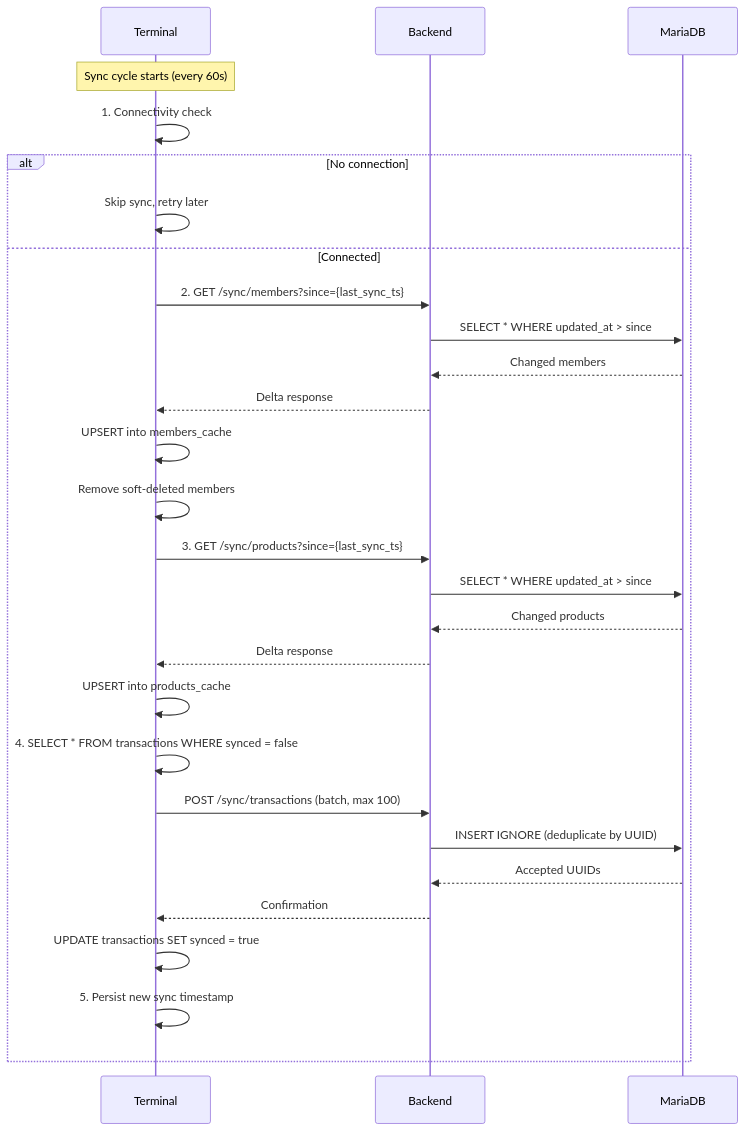
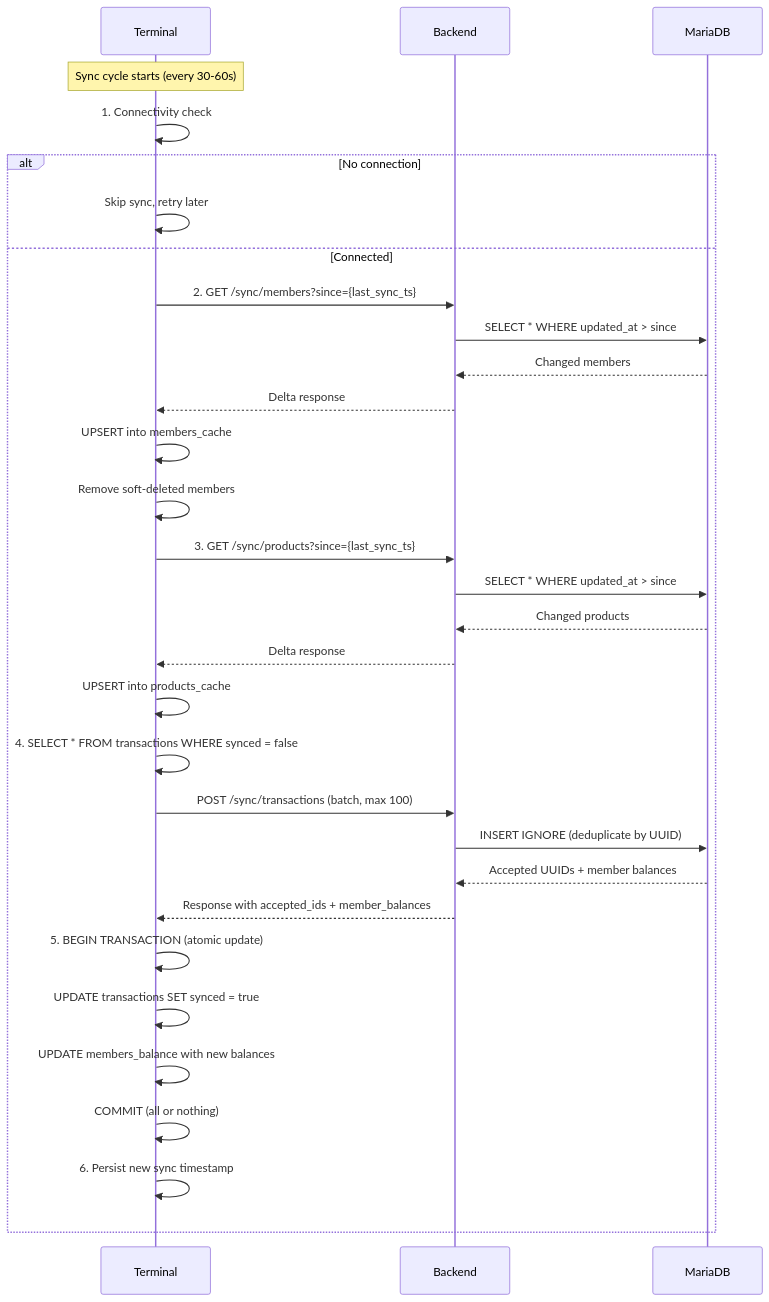
The second of 2 diagrams in adr/0012-eventual-consistency-frontend-caching.md (dgloeckner/clubbar), drawn with Mermaid before and after one commit. The commit also changed other lines of this file and 6 other files, not shown here.

````diff
--- a/adr/0012-eventual-consistency-frontend-caching.md
+++ b/adr/0012-eventual-consistency-frontend-caching.md
@@ -74,35 +76,39 @@
 ```mermaid
 sequenceDiagram
     participant T as Terminal
     participant B as Backend
     participant DB as MariaDB
 
-    Note over T: Sync cycle starts (every 60s)
+    Note over T: Sync cycle starts (every 30-60s)
 
     T->>T: 1. Connectivity check
     alt No connection
         T->>T: Skip sync, retry later
     else Connected
         T->>B: 2. GET /sync/members?since={last_sync_ts}
         B->>DB: SELECT * WHERE updated_at > since
         DB-->>B: Changed members
         B-->>T: Delta response
         T->>T: UPSERT into members_cache
         T->>T: Remove soft-deleted members
 
         T->>B: 3. GET /sync/products?since={last_sync_ts}
         B->>DB: SELECT * WHERE updated_at > since
         DB-->>B: Changed products
         B-->>T: Delta response
         T->>T: UPSERT into products_cache
 
         T->>T: 4. SELECT * FROM transactions WHERE synced = false
         T->>B: POST /sync/transactions (batch, max 100)
         B->>DB: INSERT IGNORE (deduplicate by UUID)
-        DB-->>B: Accepted UUIDs
-        B-->>T: Confirmation
+        DB-->>B: Accepted UUIDs + member balances
+        B-->>T: Response with accepted_ids + member_balances
+
+        T->>T: 5. BEGIN TRANSACTION (atomic update)
         T->>T: UPDATE transactions SET synced = true
+        T->>T: UPDATE members_balance with new balances
+        T->>T: COMMIT (all or nothing)
 
-        T->>T: 5. Persist new sync timestamp
+        T->>T: 6. Persist new sync timestamp
     end
 ```
````
